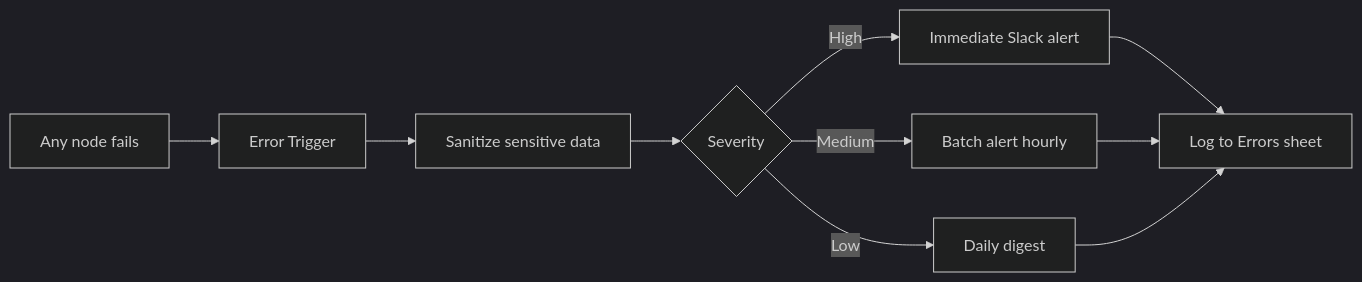
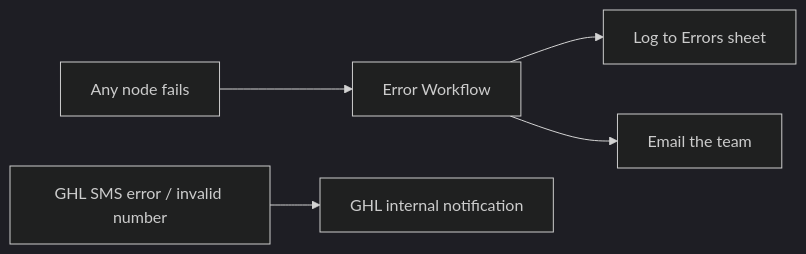
One commit to khaledabdelaziz1330-dot/Khaled-AI-Automation-Portfolio changed the fourth of 4 diagrams in holistic-wellness-club/architecture.md. Above: the diagram before and after it, drawn with Mermaid (dark theme). The commit also changed other lines of this file and 50 other files, not shown here.

First line of the commit message:
Align portfolio docs with workflow exports; add shared error handler

````diff
--- a/holistic-wellness-club/architecture.md
+++ b/holistic-wellness-club/architecture.md
@@ -173,12 +166,7 @@
 ```mermaid
 flowchart LR
-    A[Any node fails] --> B[Error Trigger]
-    B --> C[Sanitize sensitive data]
-    C --> D{Severity}
-    D -->|High| E[Immediate Slack alert]
-    D -->|Medium| F[Batch alert hourly]
-    D -->|Low| G[Daily digest]
-    E --> H[Log to Errors sheet]
-    F --> H
-    G --> H
+    A[Any node fails] --> B[Error Workflow]
+    B --> C[Log to Errors sheet]
+    B --> D[Email the team]
+    E[GHL SMS error / invalid number] --> F[GHL internal notification]
 ```
````
